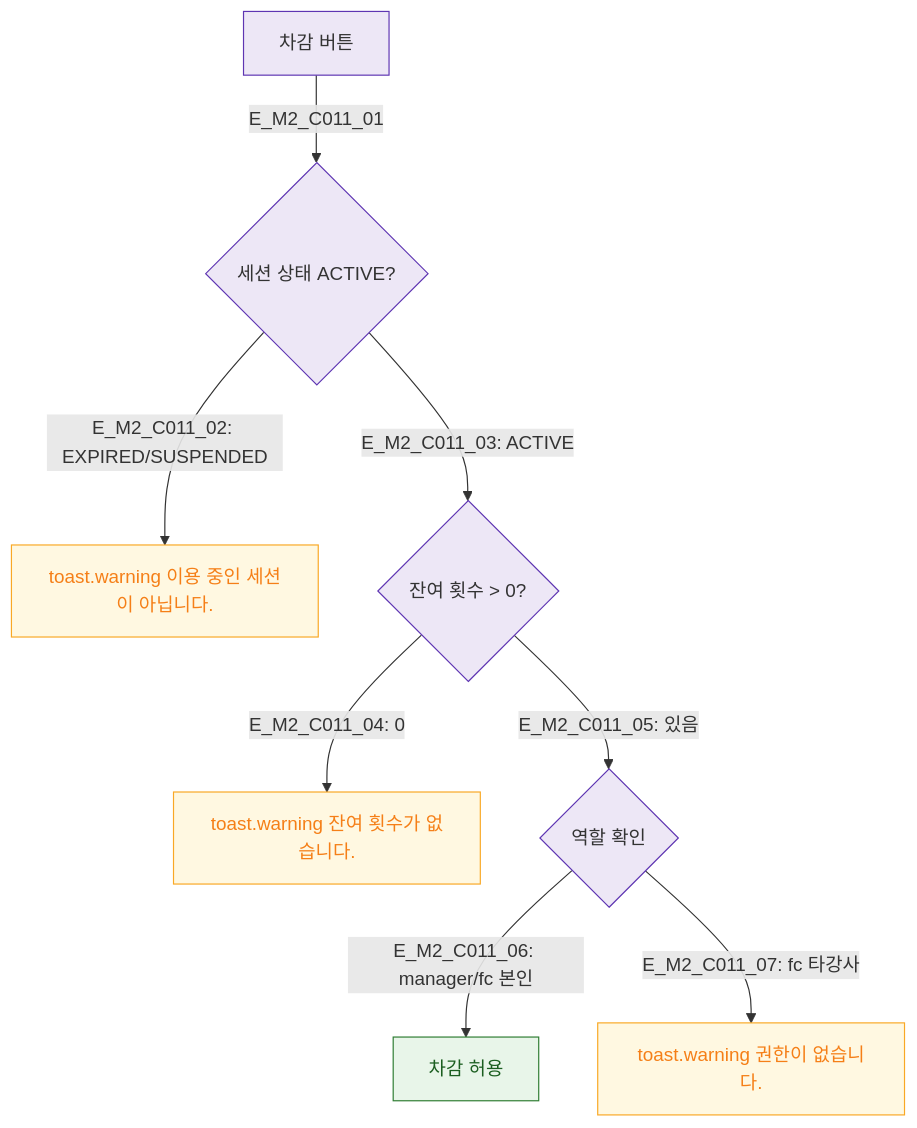
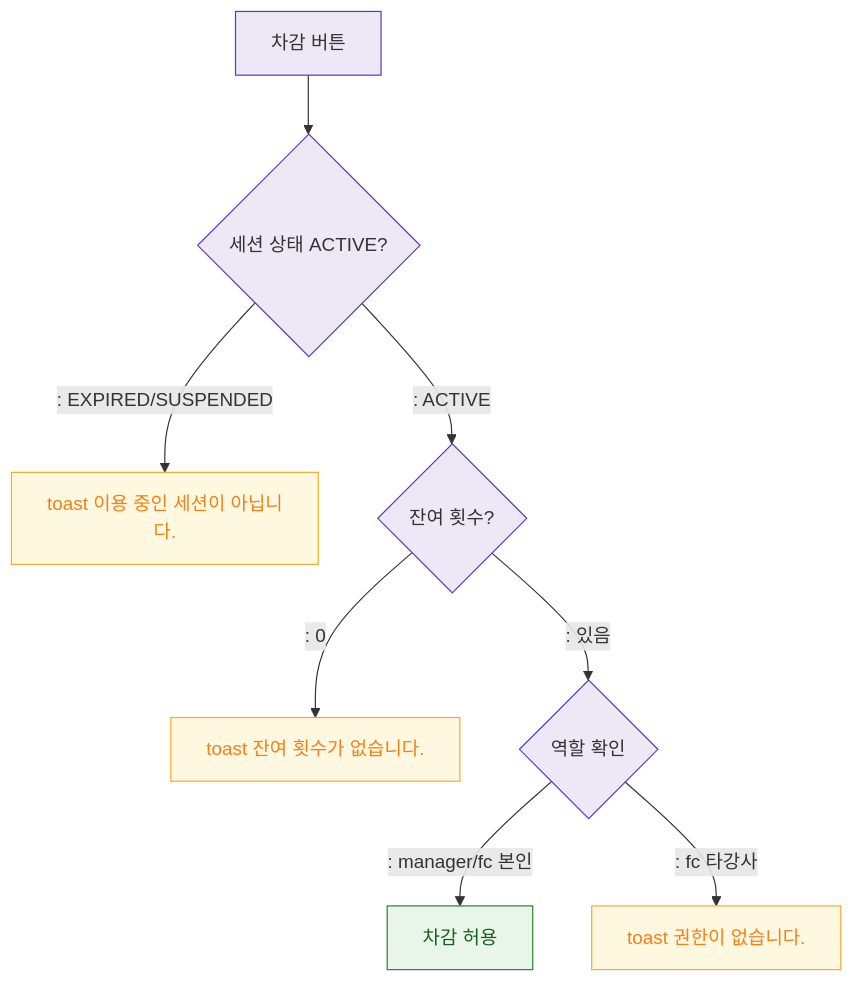
Before and after one commit to dev-spogym/admin-pando: the diagram in docs/다이어그램/D04_수업관리/DLG/DLG-C011_세션상세/M2_필드검증.md, drawn with Mermaid. The commit also changed other lines of this file and 1660 other files, not shown here.

First line of the commit message:
다이어그램: 기획자/클라이언트 납품본으로 정리

````diff
--- a/docs/다이어그램/D04_수업관리/DLG/DLG-C011_세션상세/M2_필드검증.md
+++ b/docs/다이어그램/D04_수업관리/DLG/DLG-C011_세션상세/M2_필드검증.md
@@ -20,18 +18,18 @@
 ```mermaid
 flowchart TD
-  Deduct[차감 버튼] -->|E_M2_C011_01| V_Status{세션 상태 ACTIVE?}
-  V_Status -->|"E_M2_C011_02: EXPIRED/SUSPENDED"| E_Status[toast.warning 이용 중인 세션이 아닙니다.]
-  V_Status -->|"E_M2_C011_03: ACTIVE"| V_Remain{잔여 횟수 > 0?}
-  V_Remain -->|"E_M2_C011_04: 0"| E_Remain[toast.warning 잔여 횟수가 없습니다.]
-  V_Remain -->|"E_M2_C011_05: 있음"| V_Role{역할 확인}
-  V_Role -->|"E_M2_C011_06: manager/fc 본인"| AllPass[차감 허용]
-  V_Role -->|"E_M2_C011_07: fc 타강사"| E_Role[toast.warning 권한이 없습니다.]
+  Deduct[차감 버튼] --> V_Status{세션 상태 ACTIVE?}
+  V_Status -->|": EXPIRED/SUSPENDED"|E_Status[toast 이용 중인 세션이 아닙니다.]
+  V_Status -->|": ACTIVE"|V_Remain{잔여 횟수?}
+  V_Remain -->|": 0"|E_Remain[toast 잔여 횟수가 없습니다.]
+  V_Remain -->|": 있음"|V_Role{역할 확인}
+  V_Role -->|": manager/fc 본인"|AllPass[차감 허용]
+  V_Role -->|": fc 타강사"|E_Role[toast 권한이 없습니다.]
 
   classDef system fill:#EDE7F6,stroke:#5E35B2
   classDef success fill:#E8F5E9,stroke:#2E7D32,color:#1B5E20
   classDef error fill:#FFEBEE,stroke:#C62828,color:#B71C1C
   classDef warning fill:#FFF8E1,stroke:#F9A825,color:#F57F17
   class Deduct,V_Status,V_Remain,V_Role system
   class AllPass success
   class E_Status,E_Remain,E_Role warning
 ```
````
